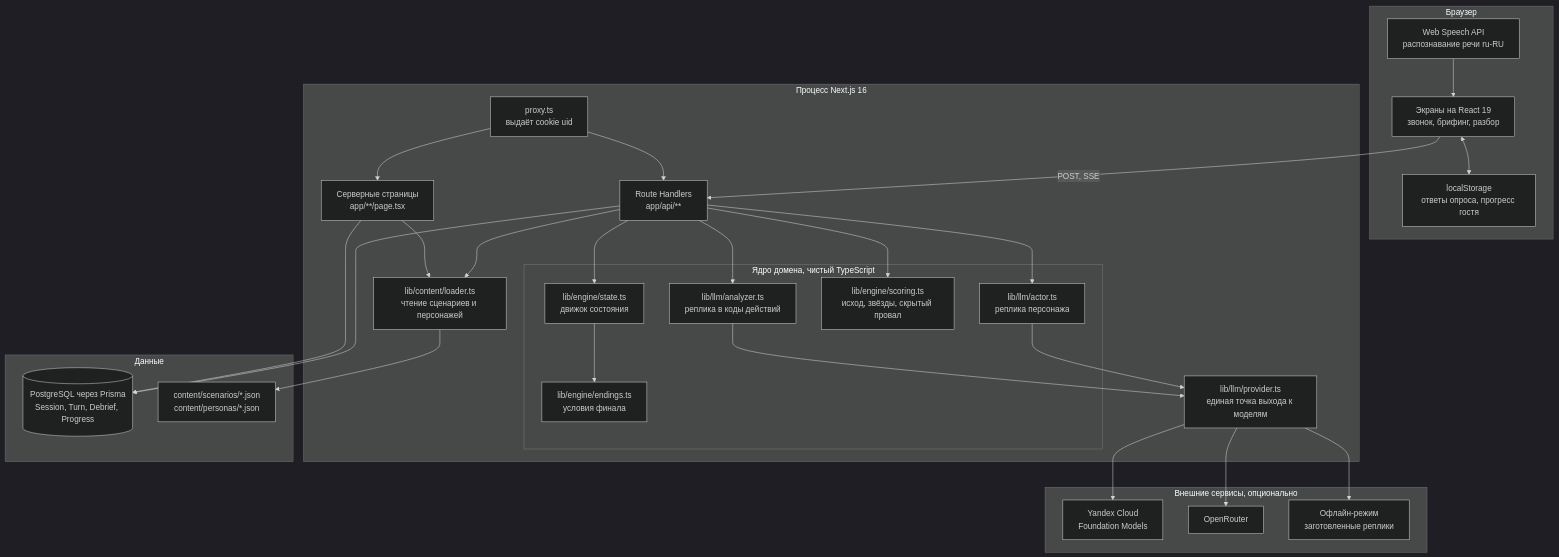
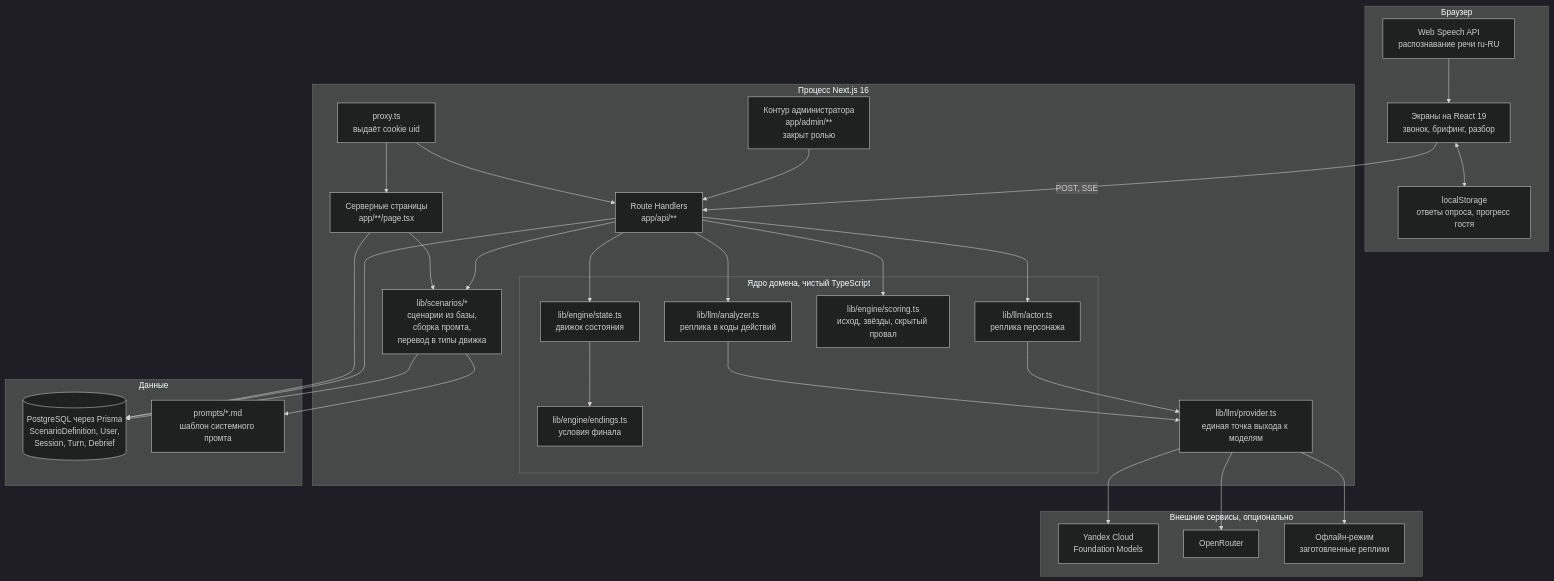
Before and after one commit to dontdoitno/lct-negotiation: the first of 2 diagrams in docs-site/architecture/overview.md, drawn with Mermaid (dark theme). The commit also changed other lines of this file and 27 other files, not shown here.

````diff
--- a/docs-site/architecture/overview.md
+++ b/docs-site/architecture/overview.md
@@ -9,57 +9,60 @@
 ```mermaid
 flowchart TB
     subgraph BROWSER["Браузер"]
         UI["Экраны на React 19<br/>звонок, брифинг, разбор"]
         SPEECH["Web Speech API<br/>распознавание речи ru-RU"]
         LS["localStorage<br/>ответы опроса, прогресс гостя"]
     end
 
     subgraph NEXT["Процесс Next.js 16"]
         PROXY["proxy.ts<br/>выдаёт cookie uid"]
         PAGES["Серверные страницы<br/>app/**/page.tsx"]
         API["Route Handlers<br/>app/api/**"]
+        ADMIN["Контур администратора<br/>app/admin/**<br/>закрыт ролью"]
 
         subgraph CORE["Ядро домена, чистый TypeScript"]
             ANALYZER["lib/llm/analyzer.ts<br/>реплика в коды действий"]
             ENGINE["lib/engine/state.ts<br/>движок состояния"]
             ENDINGS["lib/engine/endings.ts<br/>условия финала"]
             SCORING["lib/engine/scoring.ts<br/>исход, звёзды, скрытый провал"]
             ACTOR["lib/llm/actor.ts<br/>реплика персонажа"]
         end
 
-        LOADER["lib/content/loader.ts<br/>чтение сценариев и персонажей"]
+        LOADER["lib/scenarios/*<br/>сценарии из базы,<br/>сборка промта,<br/>перевод в типы движка"]
         PROVIDER["lib/llm/provider.ts<br/>единая точка выхода к моделям"]
     end
 
     subgraph DATA["Данные"]
-        DB[("PostgreSQL через Prisma<br/>Session, Turn, Debrief, Progress")]
-        JSON["content/scenarios/*.json<br/>content/personas/*.json"]
+        DB[("PostgreSQL через Prisma<br/>ScenarioDefinition, User,<br/>Session, Turn, Debrief")]
+        TPL["prompts/*.md<br/>шаблон системного промта"]
     end
 
     subgraph EXT["Внешние сервисы, опционально"]
         YA["Yandex Cloud<br/>Foundation Models"]
         OR["OpenRouter"]
         MOCK["Офлайн-режим<br/>заготовленные реплики"]
     end
 
     UI -->|"POST, SSE"| API
     SPEECH --> UI
     UI <--> LS
     PROXY --> PAGES
     PROXY --> API
+    ADMIN --> API
     PAGES --> LOADER
     PAGES --> DB
     API --> ANALYZER
     API --> ENGINE
     ENGINE --> ENDINGS
     API --> SCORING
     API --> ACTOR
     API --> LOADER
     API --> DB
-    LOADER --> JSON
+    LOADER --> DB
+    LOADER --> TPL
     ANALYZER --> PROVIDER
     ACTOR --> PROVIDER
     PROVIDER --> YA
     PROVIDER --> OR
     PROVIDER --> MOCK
 ```
````
